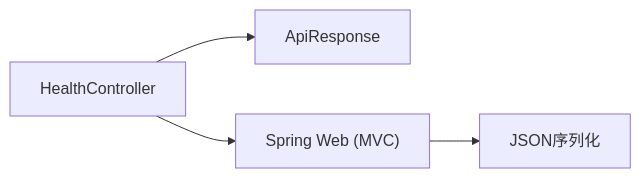
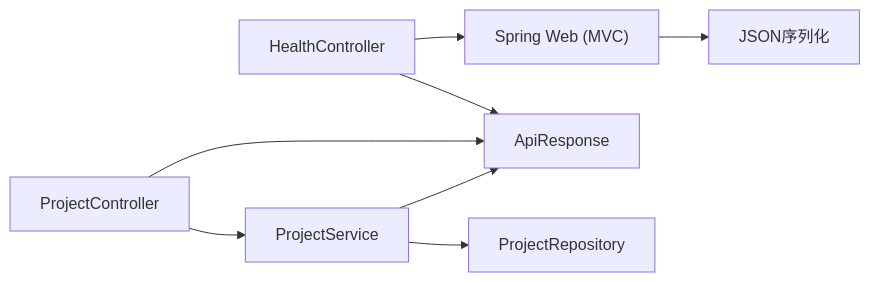
Before and after one commit to zhou9832/test1-qoder: the sixth of 6 diagrams in .qoder/repowiki/zh/content/API接口文档.md, drawn with Mermaid. The commit also changed other lines of this file and 48 other files, not shown here.

````diff
--- a/.qoder/repowiki/zh/content/API接口文档.md
+++ b/.qoder/repowiki/zh/content/API接口文档.md
@@ -169,6 +287,10 @@
 ```mermaid
 graph LR
 HC["HealthController"] --> AP["ApiResponse"]
+PC["ProjectController"] --> PS["ProjectService"]
+PS --> PR["ProjectRepository"]
+PS --> AP
+PC --> AP
 HC --> SW["Spring Web (MVC)"]
 SW --> JSON["JSON序列化"]
 ```
````
